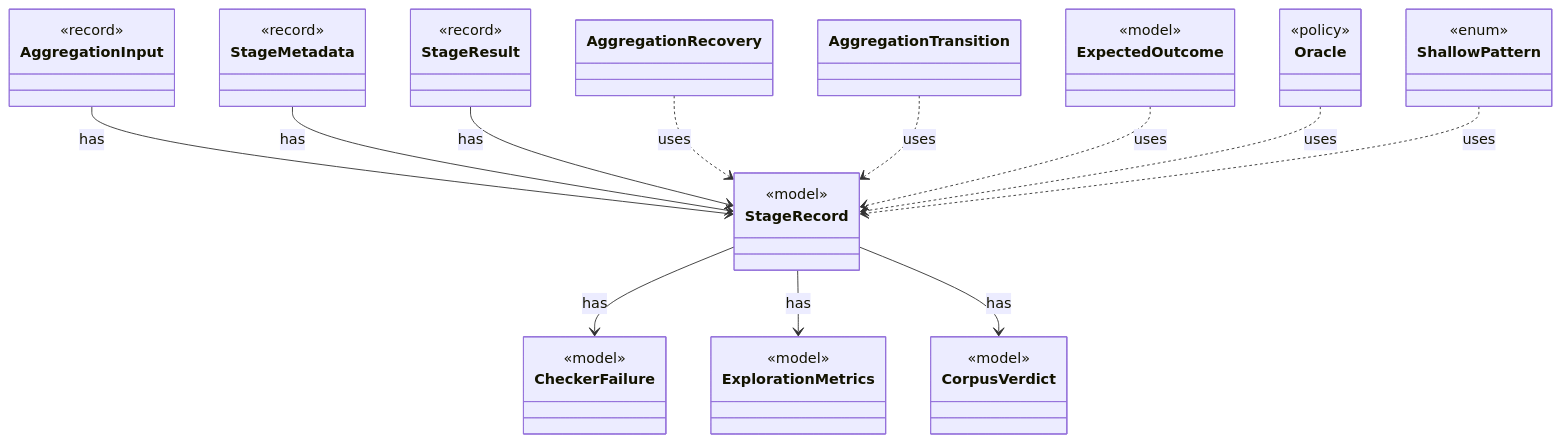
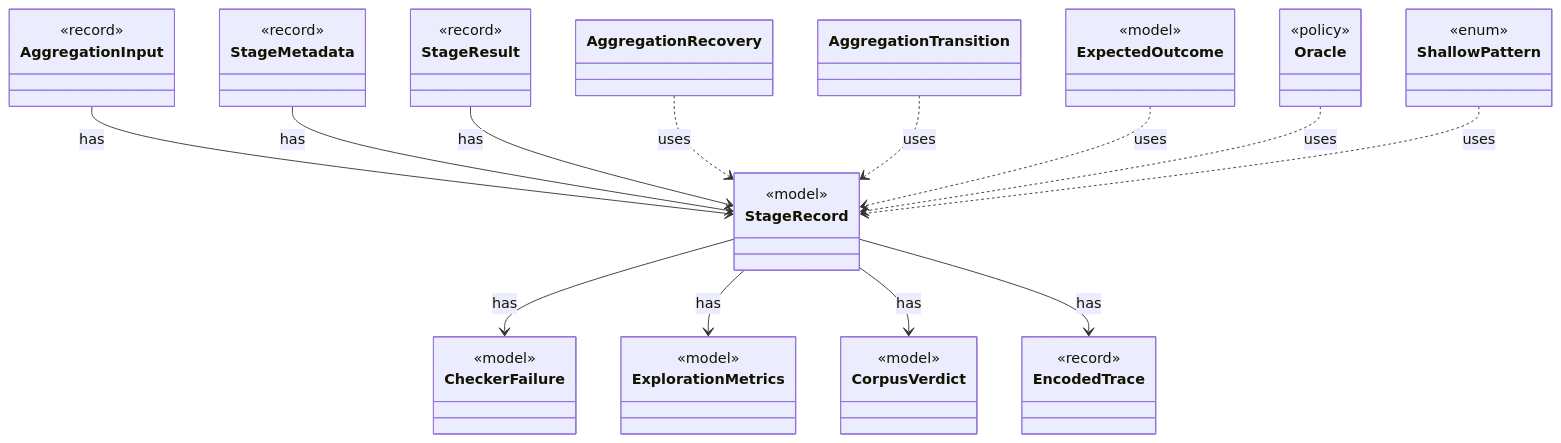
One commit to tlaplus/model-checker-hardening changed the diagram in dev/types/io.github.tlaplus.hardening.corpus.StageRecord.md. Above: the diagram before and after it, drawn with Mermaid. The commit also changed other lines of this file and 435 other files, not shown here.

````diff
--- a/dev/types/io.github.tlaplus.hardening.corpus.StageRecord.md
+++ b/dev/types/io.github.tlaplus.hardening.corpus.StageRecord.md
@@ -7,46 +9,50 @@
 ```mermaid
 classDiagram
   class StageRecord {
     <<model>>
   }
   class CheckerFailure {
     <<model>>
   }
   class ExplorationMetrics {
     <<model>>
   }
   class CorpusVerdict {
     <<model>>
+  }
+  class EncodedTrace {
+    <<record>>
   }
   class AggregationInput {
     <<record>>
   }
   class StageMetadata {
     <<record>>
   }
   class StageResult {
     <<record>>
   }
   class AggregationRecovery
   class AggregationTransition
   class ExpectedOutcome {
     <<model>>
   }
   class Oracle {
     <<policy>>
   }
   class ShallowPattern {
     <<enum>>
   }
   StageRecord --> CheckerFailure : has
   StageRecord --> ExplorationMetrics : has
   StageRecord --> CorpusVerdict : has
+  StageRecord --> EncodedTrace : has
   AggregationInput --> StageRecord : has
   StageMetadata --> StageRecord : has
   StageResult --> StageRecord : has
   AggregationRecovery ..> StageRecord : uses
   AggregationTransition ..> StageRecord : uses
   ExpectedOutcome ..> StageRecord : uses
   Oracle ..> StageRecord : uses
   ShallowPattern ..> StageRecord : uses
 ```
````
